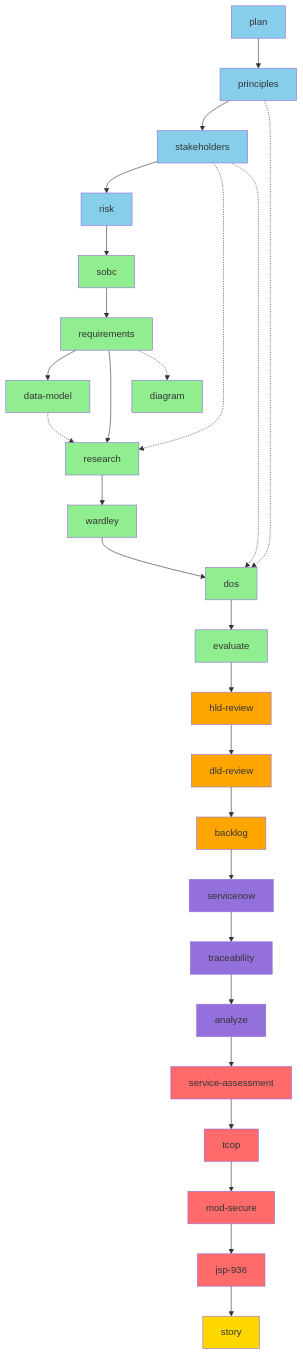
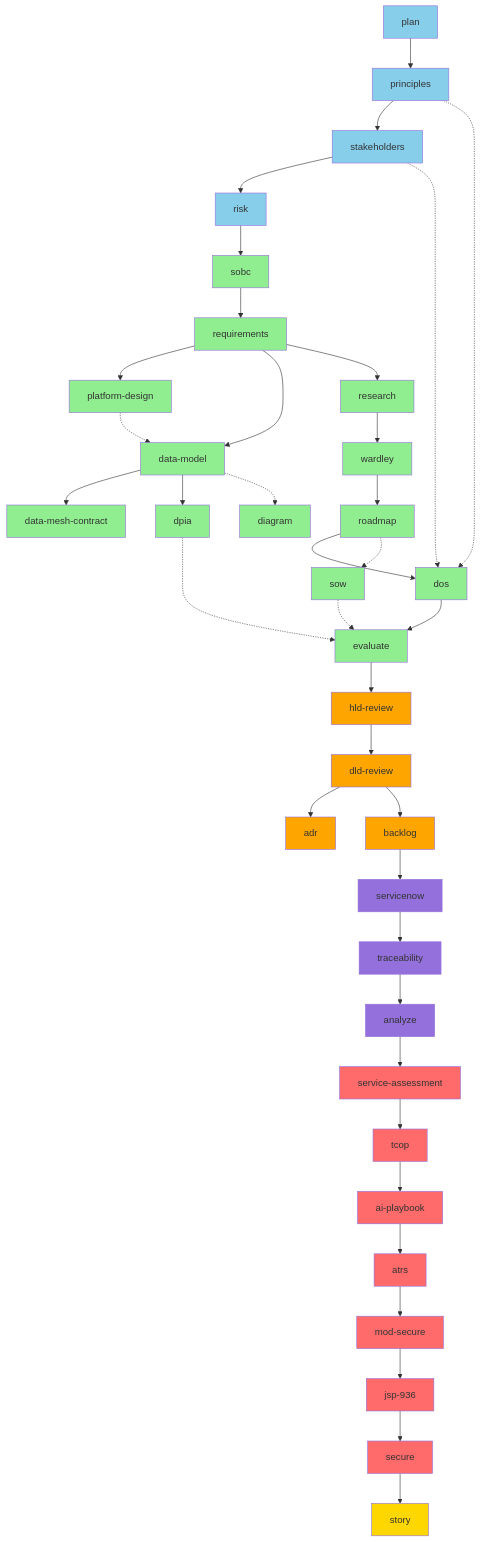
Before and after one commit to tractorjuice/arckit-test-project-v8-ons-data-platform: the fifth of 9 diagrams in WORKFLOW-DIAGRAMS.md, drawn with Mermaid. The commit also changed other lines of this file and 36 other files, not shown here.

First line of the commit message:
chore: release v0.9.1 - document control standards and ADR/roadmap guides

````diff
--- a/WORKFLOW-DIAGRAMS.md
+++ b/WORKFLOW-DIAGRAMS.md
@@ -351,42 +394,50 @@
     D --> E[sobc]
     E --> F[requirements]
 
-    %% Tier 4: Detailed Design
-    F --> G[data-model]
-    F --> H[research]
+    %% Tier 4: Strategy & Design
+    F --> G[platform-design]
+    F --> H[data-model]
     G -.-> H
-    C -.-> H
-    H --> I[wardley]
+    H --> I[data-mesh-contract]
+    H --> J[dpia]
+    F --> K[research]
+    K --> L[wardley]
+    L --> M[roadmap]
+    H -.-> V[diagram]
 
     %% Tier 5: MOD Procurement
-    B -.-> J[dos]
-    C -.-> J
-    I --> J
-    J --> K[evaluate]
+    B -.-> N[dos]
+    C -.-> N
+    M --> N
+    N --> O[evaluate]
+    M -.-> P[sow]
+    P -.-> O
+    J -.-> O
 
     %% Tier 6: Design Reviews
-    K --> L[hld-review]
-    L --> M[dld-review]
+    O --> Q[hld-review]
+    Q --> R[dld-review]
+    R --> S[adr]
 
     %% Tier 7: Implementation
-    M --> N[backlog]
+    R --> T[backlog]
 
     %% Tier 8-9: Operations & Quality
-    N --> O[servicenow]
-    O --> P[traceability]
-    P --> Q[analyze]
+    T --> U[servicenow]
+    U --> W[traceability]
+    W --> X[analyze]
 
     %% Tier 10: MOD + AI Compliance
-    Q --> R[service-assessment]
-    R --> S[tcop]
-    S --> T[mod-secure]
-    T --> U[jsp-936]
+    X --> Y[service-assessment]
+    Y --> Y1[tcop]
+    Y1 --> Y2[ai-playbook]
+    Y2 --> Y3[atrs]
+    Y3 --> Y4[mod-secure]
+    Y4 --> Y5[jsp-936]
+    Y5 --> Y6[secure]
 
     %% Tier 11: Reporting
-    U --> W[story]
-
-    %% Optional parallel paths
-    F -.-> V[diagram]
+    Y6 --> Z[story]
 
     style A fill:#87CEEB
     style B fill:#87CEEB
@@ -399,16 +450,25 @@
     style I fill:#90EE90
     style J fill:#90EE90
     style K fill:#90EE90
-    style L fill:#FFA500
-    style M fill:#FFA500
-    style N fill:#FFA500
-    style O fill:#9370DB
-    style P fill:#9370DB
-    style Q fill:#9370DB
-    style R fill:#FF6B6B
-    style S fill:#FF6B6B
-    style T fill:#FF6B6B
-    style U fill:#FF6B6B
+    style L fill:#90EE90
+    style M fill:#90EE90
+    style N fill:#90EE90
+    style O fill:#90EE90
+    style P fill:#90EE90
+    style Q fill:#FFA500
+    style R fill:#FFA500
+    style S fill:#FFA500
+    style T fill:#FFA500
+    style U fill:#9370DB
     style V fill:#90EE90
-    style W fill:#FFD700
+    style W fill:#9370DB
+    style X fill:#9370DB
+    style Y fill:#FF6B6B
+    style Y1 fill:#FF6B6B
+    style Y2 fill:#FF6B6B
+    style Y3 fill:#FF6B6B
+    style Y4 fill:#FF6B6B
+    style Y5 fill:#FF6B6B
+    style Y6 fill:#FF6B6B
+    style Z fill:#FFD700
 ```
````
